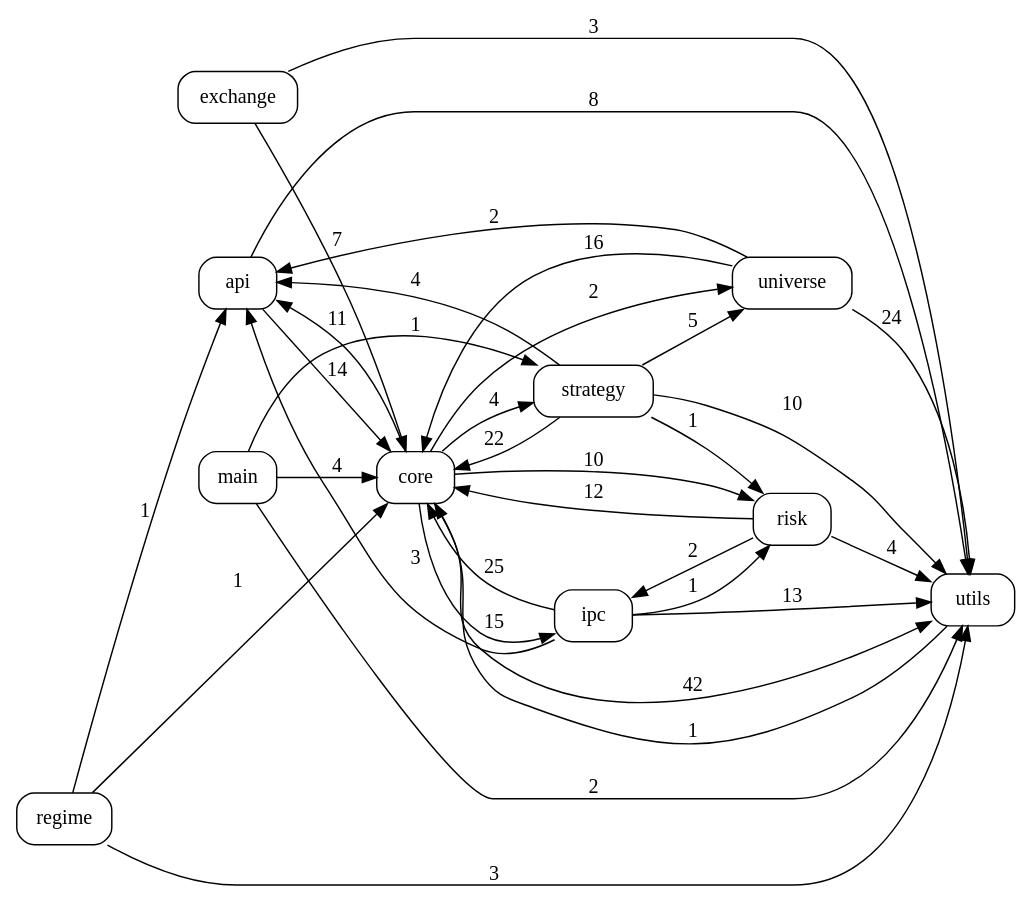
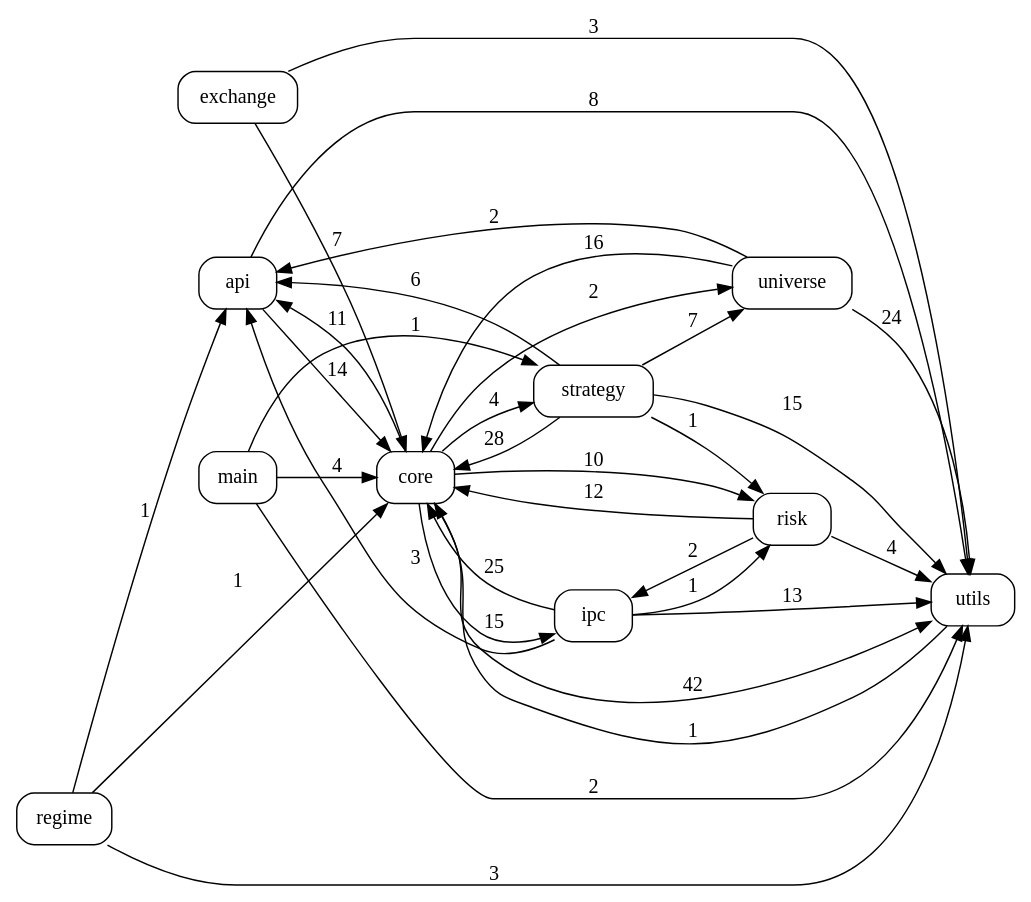
One commit to pypy8171/Quant changed the diagram in docs/code_graph.dot. Above: the diagram before and after it, drawn with Graphviz. The commit also changed 18 other files, not shown here.

```diff
--- a/docs/code_graph.dot
+++ b/docs/code_graph.dot
@@ -1,46 +1,46 @@
 digraph code_graph {
   rankdir=LR;
   node [shape=box, style=rounded, fontname="Consolas"];
   "api";
   "core";
   "exchange";
   "ipc";
   "main";
   "regime";
   "risk";
   "strategy";
   "universe";
   "utils";
   "api" -> "core" [label="14"];
   "api" -> "utils" [label="8"];
   "core" -> "api" [label="11"];
   "core" -> "ipc" [label="15"];
   "core" -> "risk" [label="10"];
   "core" -> "strategy" [label="4"];
   "core" -> "universe" [label="2"];
   "core" -> "utils" [label="42"];
   "exchange" -> "core" [label="7"];
   "exchange" -> "utils" [label="3"];
   "ipc" -> "api" [label="3"];
   "ipc" -> "core" [label="25"];
   "ipc" -> "risk" [label="1"];
   "ipc" -> "utils" [label="13"];
   "main" -> "core" [label="4"];
   "main" -> "strategy" [label="1"];
   "main" -> "utils" [label="2"];
   "regime" -> "api" [label="1"];
   "regime" -> "core" [label="1"];
   "regime" -> "utils" [label="3"];
   "risk" -> "core" [label="12"];
   "risk" -> "ipc" [label="2"];
   "risk" -> "utils" [label="4"];
-  "strategy" -> "api" [label="4"];
-  "strategy" -> "core" [label="22"];
+  "strategy" -> "api" [label="6"];
+  "strategy" -> "core" [label="28"];
   "strategy" -> "risk" [label="1"];
-  "strategy" -> "universe" [label="5"];
-  "strategy" -> "utils" [label="10"];
+  "strategy" -> "universe" [label="7"];
+  "strategy" -> "utils" [label="15"];
   "universe" -> "api" [label="2"];
   "universe" -> "core" [label="16"];
   "universe" -> "utils" [label="24"];
   "utils" -> "core" [label="1"];
 }
```
